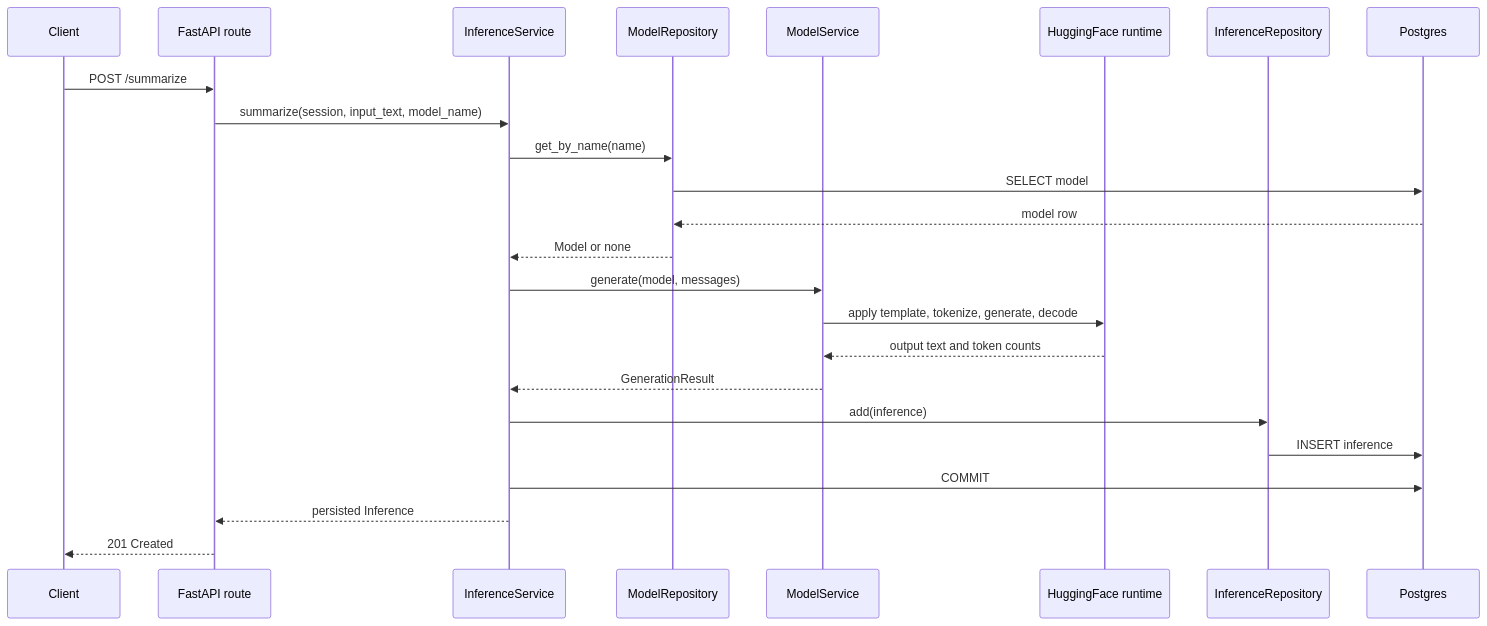
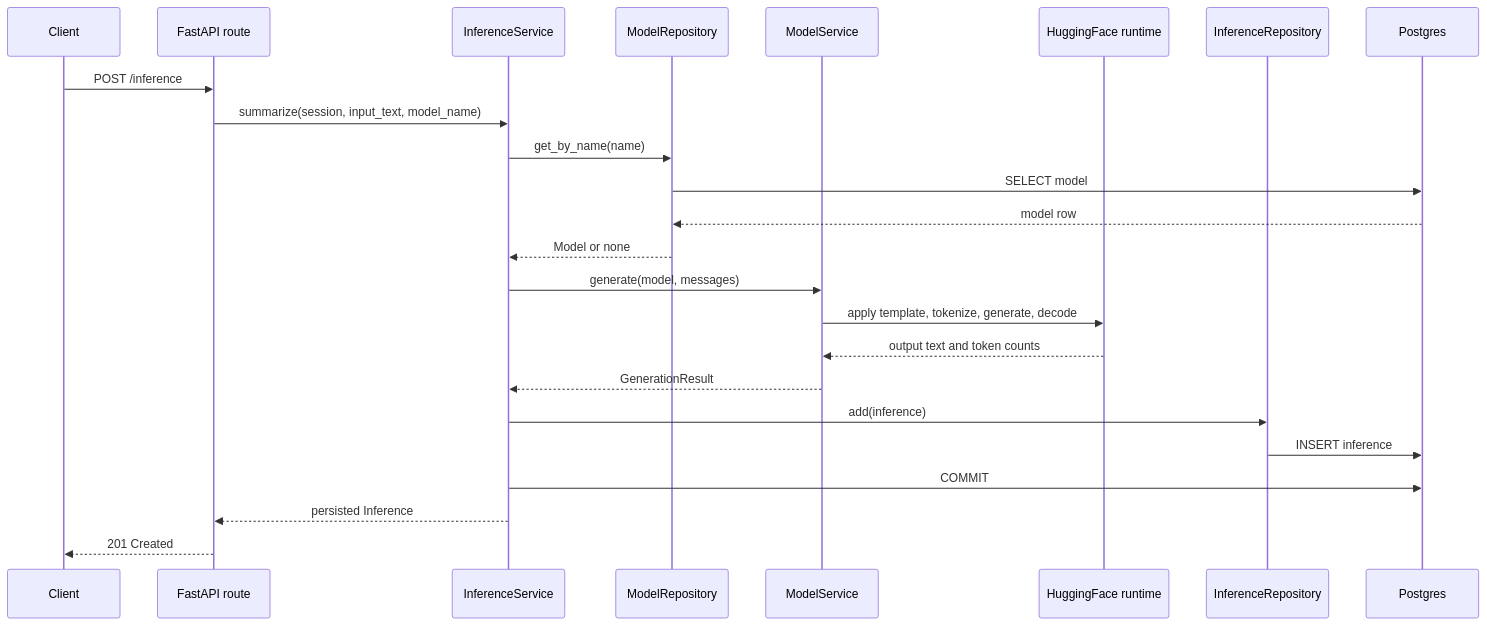
Before and after one commit to DimitarAtanassov/arc-model-lab: the second of 2 diagrams in docs/architecture.md, drawn with Mermaid. The commit also changed other lines of this file and 25 other files, not shown here.

````diff
--- a/docs/architecture.md
+++ b/docs/architecture.md
@@ -132,27 +133,27 @@
 ```mermaid
 sequenceDiagram
     participant Client
     participant API as FastAPI route
     participant Svc as InferenceService
     participant Cat as ModelRepository
     participant MS as ModelService
     participant HF as HuggingFace runtime
     participant Repo as InferenceRepository
     participant DB as Postgres
 
-    Client->>API: POST /summarize
+    Client->>API: POST /inference
     API->>Svc: summarize(session, input_text, model_name)
     Svc->>Cat: get_by_name(name)
     Cat->>DB: SELECT model
     DB-->>Cat: model row
     Cat-->>Svc: Model or none
     Svc->>MS: generate(model, messages)
     MS->>HF: apply template, tokenize, generate, decode
     HF-->>MS: output text and token counts
     MS-->>Svc: GenerationResult
     Svc->>Repo: add(inference)
     Repo->>DB: INSERT inference
     Svc->>DB: COMMIT
     Svc-->>API: persisted Inference
     API-->>Client: 201 Created
 ```
````
